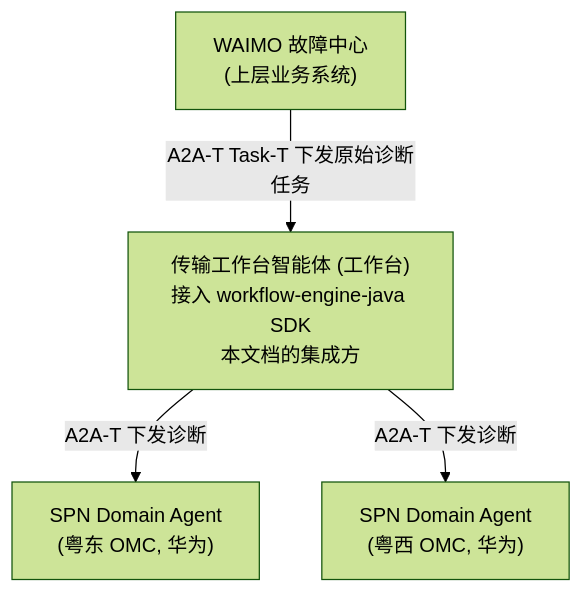
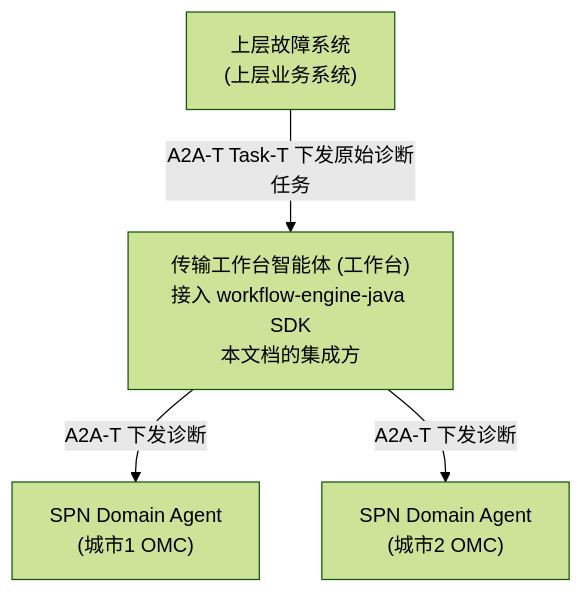
The first of 4 diagrams in docs/zh/工作台集成指南.md (Zhoujie628/workflow-engine-sdk-java), drawn with Mermaid (forest theme) before and after one commit. The commit also changed other lines of this file and 11 other files, not shown here.

````diff
--- a/docs/zh/工作台集成指南.md
+++ b/docs/zh/工作台集成指南.md
@@ -11,11 +11,11 @@
 ```mermaid
 graph TD
-    WAIMO["WAIMO 故障中心<br/>(上层业务系统)"]
+    UPPER["上层故障系统<br/>(上层业务系统)"]
     WB["传输工作台智能体 (工作台)<br/>接入 workflow-engine-java SDK<br/>本文档的集成方"]
-    OMC1["SPN Domain Agent<br/>(粤东 OMC, 华为)"]
-    OMC2["SPN Domain Agent<br/>(粤西 OMC, 华为)"]
+    OMC1["SPN Domain Agent<br/>(城市1 OMC)"]
+    OMC2["SPN Domain Agent<br/>(城市2 OMC)"]
 
-    WAIMO -->|"A2A-T Task-T 下发原始诊断任务"| WB
+    UPPER -->|"A2A-T Task-T 下发原始诊断任务"| WB
     WB -->|"A2A-T 下发诊断"| OMC1
     WB -->|"A2A-T 下发诊断"| OMC2
 ```
````
